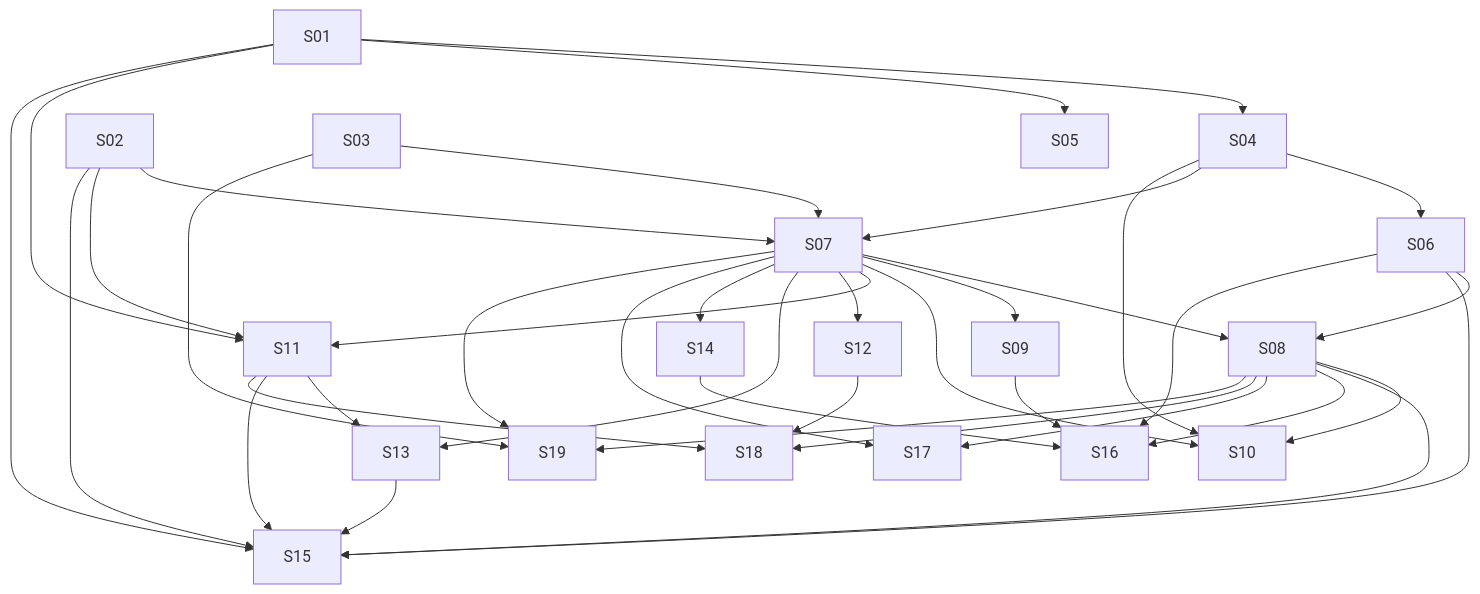
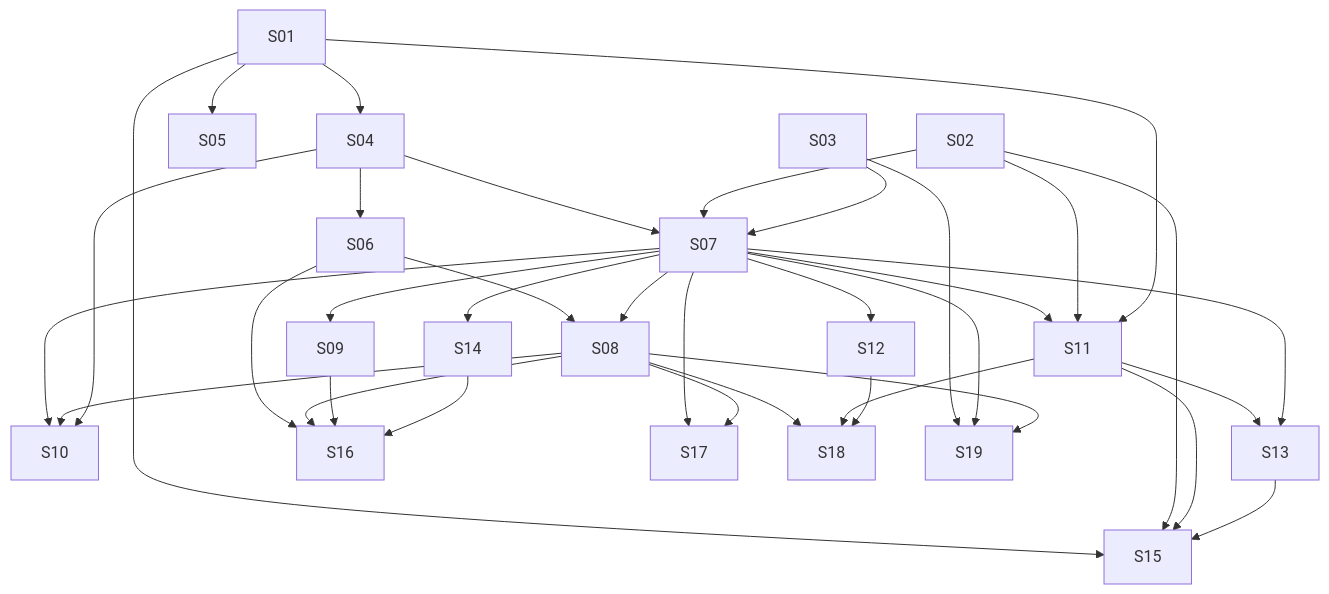
Before and after one commit to lmmoreira/ikaro: the diagram in plan/M24-MULTIVERTICAL-CLASSES-SESSIONS.md, drawn with Mermaid. The commit also changed other lines of this file and 5 other files, not shown here.

````diff
--- a/plan/M24-MULTIVERTICAL-CLASSES-SESSIONS.md
+++ b/plan/M24-MULTIVERTICAL-CLASSES-SESSIONS.md
@@ -40,40 +40,38 @@
 ```mermaid
 graph TD
   S01 --> S04
   S01 --> S05
   S04 --> S06
   S04 --> S07
   S02 --> S07
   S03 --> S07
   S06 --> S08
   S07 --> S08
   S07 --> S09
   S07 --> S10
   S08 --> S10
   S04 --> S10
   S07 --> S11
   S02 --> S11
   S01 --> S11
   S07 --> S12
   S11 --> S13
   S07 --> S13
   S07 --> S14
   S01 --> S15
   S02 --> S15
-  S06 --> S15
-  S08 --> S15
   S11 --> S15
   S13 --> S15
   S06 --> S16
   S08 --> S16
   S09 --> S16
   S14 --> S16
   S07 --> S17
   S08 --> S17
   S08 --> S18
   S11 --> S18
   S12 --> S18
   S03 --> S19
   S07 --> S19
   S08 --> S19
 ```
````
